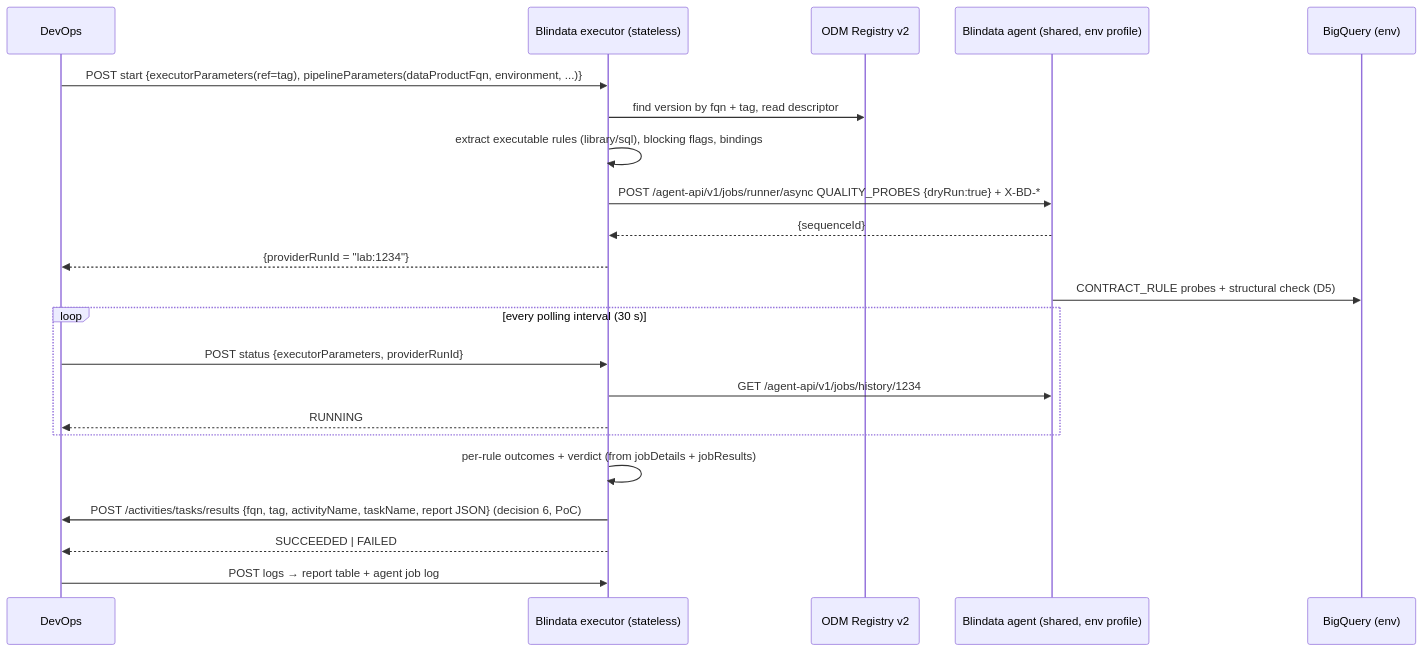
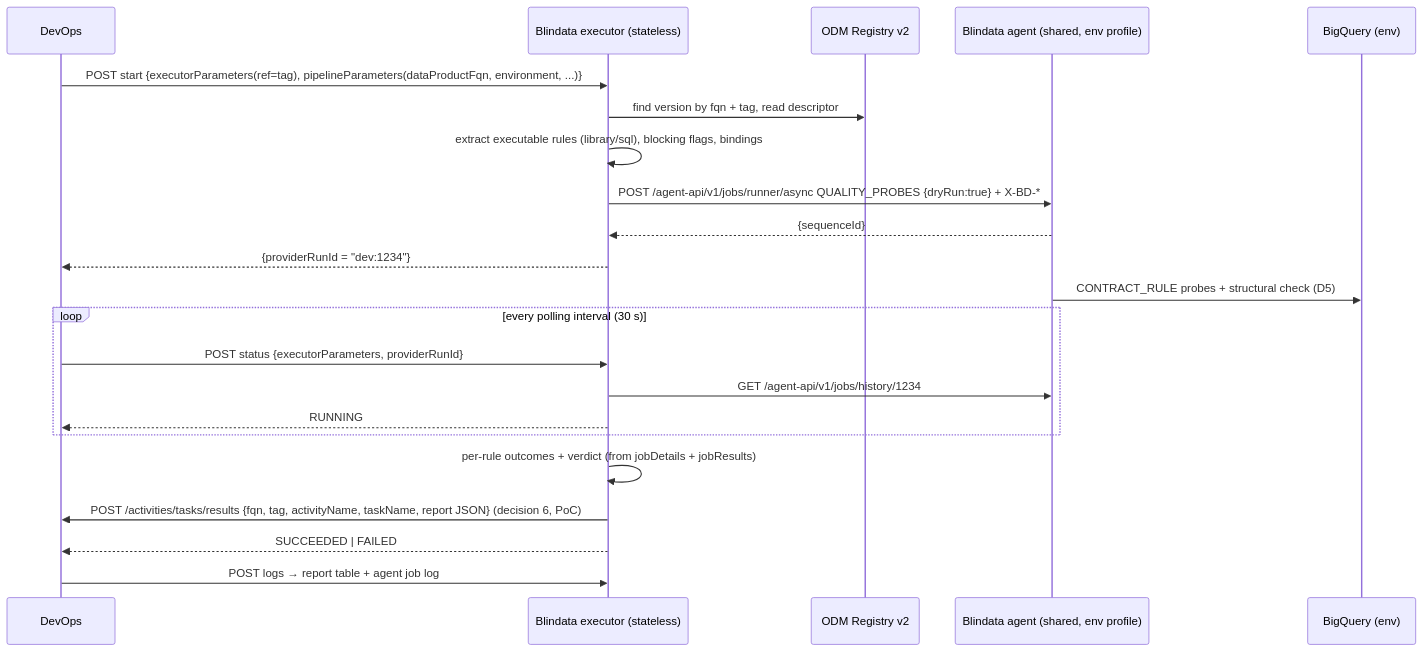
Before and after one commit to opendatamesh-initiative/odm-platform-adapter-devops-executor-blindata: the diagram in spdd/analysis/BDMD-5755-202611191210-[Analysis]-blindata-devops-executor.md, drawn with Mermaid. The commit also changed other lines of this file and 20 other files, not shown here.

````diff
--- a/spdd/analysis/BDMD-5755-202611191210-[Analysis]-blindata-devops-executor.md
+++ b/spdd/analysis/BDMD-5755-202611191210-[Analysis]-blindata-devops-executor.md
@@ -118,24 +118,24 @@
 ```mermaid
 sequenceDiagram
   participant DevOps
   participant BX as Blindata executor (stateless)
   participant REG as ODM Registry v2
   participant AG as Blindata agent (shared, env profile)
   participant BQ as BigQuery (env)
   DevOps->>BX: POST start {executorParameters(ref=tag), pipelineParameters(dataProductFqn, environment, ...)}
   BX->>REG: find version by fqn + tag, read descriptor
   BX->>BX: extract executable rules (library/sql), blocking flags, bindings
   BX->>AG: POST /agent-api/v1/jobs/runner/async QUALITY_PROBES {dryRun:true} + X-BD-*
   AG-->>BX: {sequenceId}
-  BX-->>DevOps: {providerRunId = "lab:1234"}
+  BX-->>DevOps: {providerRunId = "dev:1234"}
   AG->>BQ: CONTRACT_RULE probes + structural check (D5)
   loop every polling interval (30 s)
     DevOps->>BX: POST status {executorParameters, providerRunId}
     BX->>AG: GET /agent-api/v1/jobs/history/1234
     BX-->>DevOps: RUNNING
   end
   BX->>BX: per-rule outcomes + verdict (from jobDetails + jobResults)
   BX->>DevOps: POST /activities/tasks/results {fqn, tag, activityName, taskName, report JSON} (decision 6, PoC)
   BX-->>DevOps: SUCCEEDED | FAILED
   DevOps->>BX: POST logs → report table + agent job log
 ```
````
